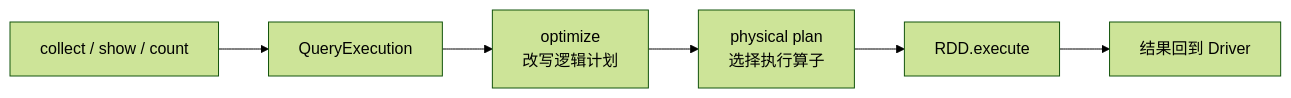
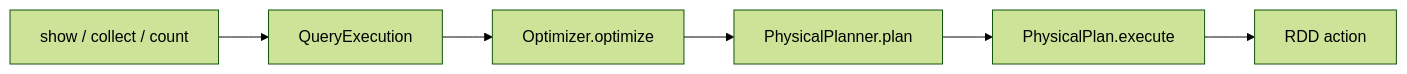
One commit to rchaocai/mini-spark changed the third of 6 diagrams in content/docs/03-part3/ch12-dataframe-future.md. Above: the diagram before and after it, drawn with Mermaid (forest theme). The commit also changed other lines of this file, not shown here.

````diff
--- a/content/docs/03-part3/ch12-dataframe-future.md
+++ b/content/docs/03-part3/ch12-dataframe-future.md
@@ -360,8 +540,8 @@
 ```mermaid
 flowchart LR
-    Action[collect / show / count] --> QE[QueryExecution]
-    QE --> Optimize[optimize<br/>改写逻辑计划]
-    Optimize --> Plan[physical plan<br/>选择执行算子]
-    Plan --> Execute[RDD.execute]
-    Execute --> Result[结果回到 Driver]
+    Action["show / collect / count"] --> QE["QueryExecution"]
+    QE --> Optimize["Optimizer.optimize"]
+    Optimize --> Plan["PhysicalPlanner.plan"]
+    Plan --> Execute["PhysicalPlan.execute"]
+    Execute --> RDD["RDD action"]
 ```
````
